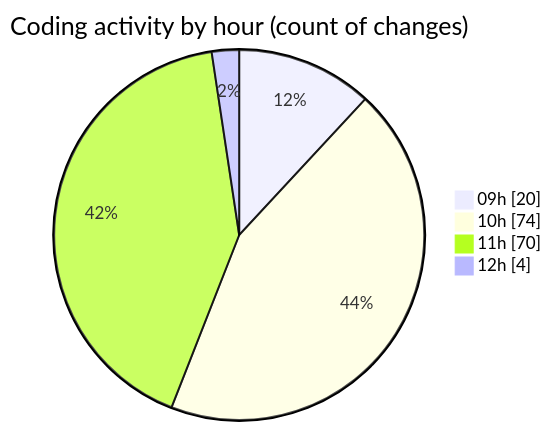
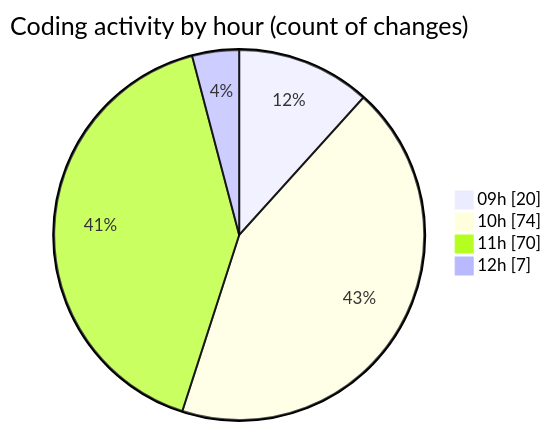
Before and after one commit to CELIANVF/code-tracking: the second of 2 diagrams in 2025-06-06/ecodeli-1/README.md, drawn with Mermaid. The commit also changed other lines of this file and 1 other file, not shown here.

````diff
--- a/2025-06-06/ecodeli-1/README.md
+++ b/2025-06-06/ecodeli-1/README.md
@@ -80,8 +80,8 @@
 ```mermaid
 pie showData
 title Coding activity by hour (count of changes)
 "09h" : 20
 "10h" : 74
 "11h" : 70
-"12h" : 4
+"12h" : 7
 ```
````
